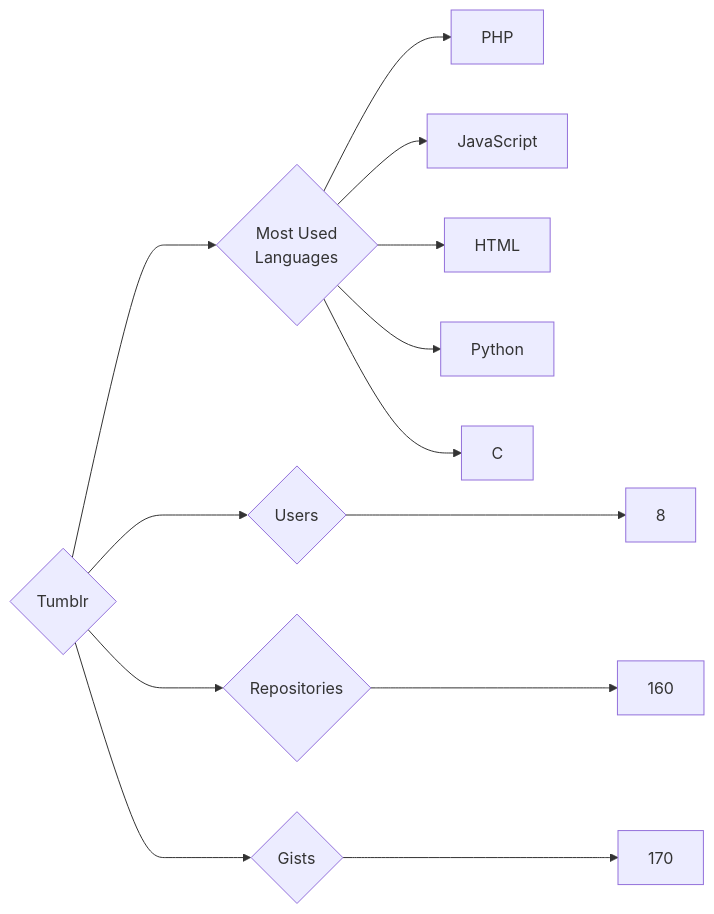
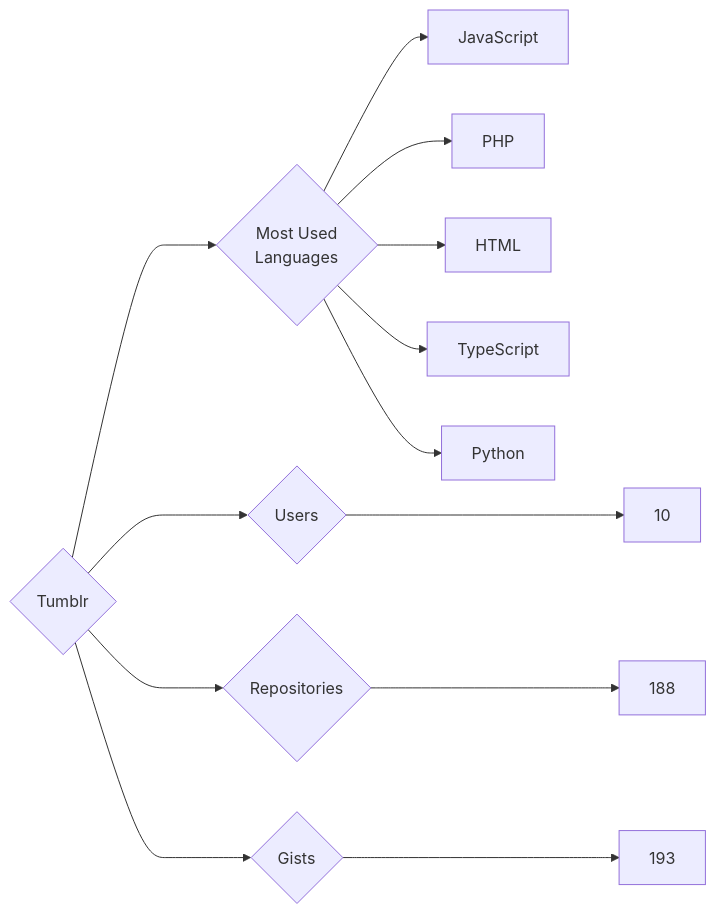
Before and after one commit to trickest/insiders: the diagram in targets/Tumblr/README.md, drawn with Mermaid. The commit also changed 860 other files, not shown here.

````diff
--- a/targets/Tumblr/README.md
+++ b/targets/Tumblr/README.md
@@ -3,13 +3,13 @@
 ```mermaid
 graph LR
 COMPANY_NAME{Tumblr}
-COMPANY_NAME ---> U{Users} ---> UN[8]
-COMPANY_NAME ---> R{Repositories} ---> RN[160]
-COMPANY_NAME ---> G{Gists} ---> GN[170]
+COMPANY_NAME ---> U{Users} ---> UN[10]
+COMPANY_NAME ---> R{Repositories} ---> RN[188]
+COMPANY_NAME ---> G{Gists} ---> GN[193]
 COMPANY_NAME ---> ML{Most Used<br>Languages}
+ML --> JavaScript[JavaScript]
 ML --> PHP[PHP]
-ML --> JavaScript[JavaScript]
 ML --> HTML[HTML]
+ML --> TypeScript[TypeScript]
 ML --> Python[Python]
-ML --> C[C]
 ```
````
